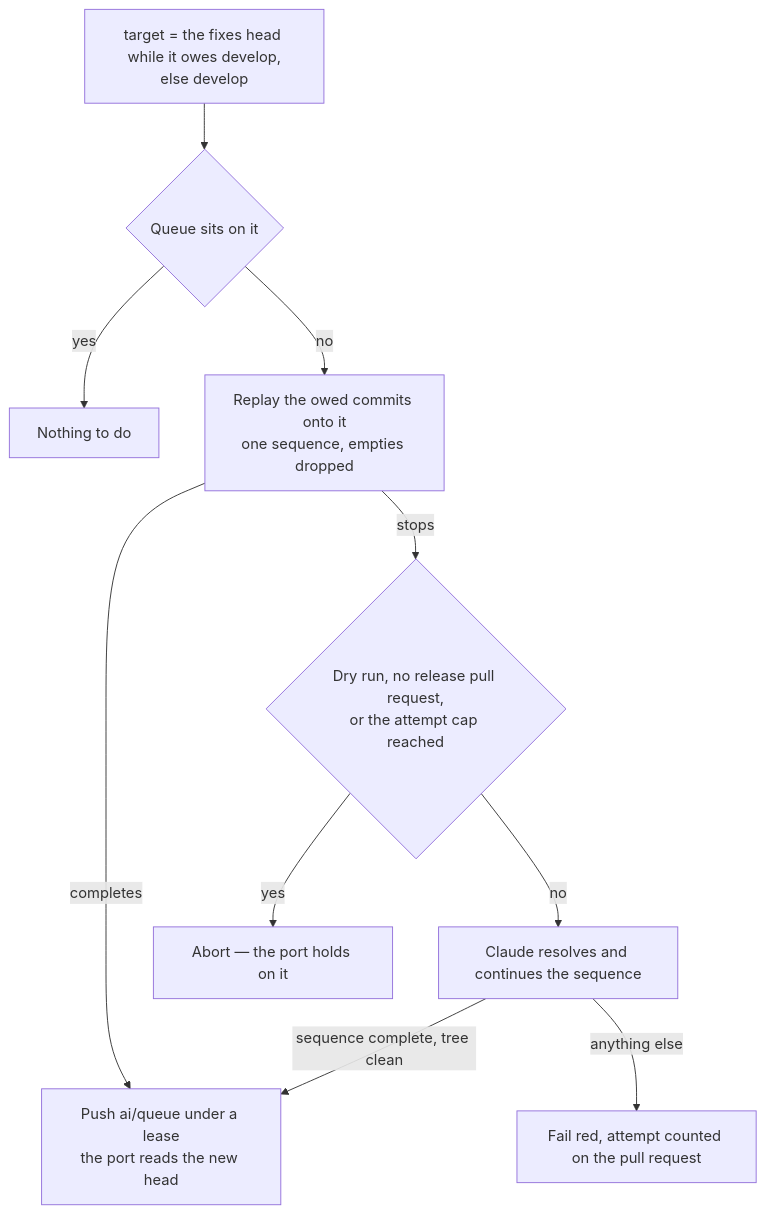
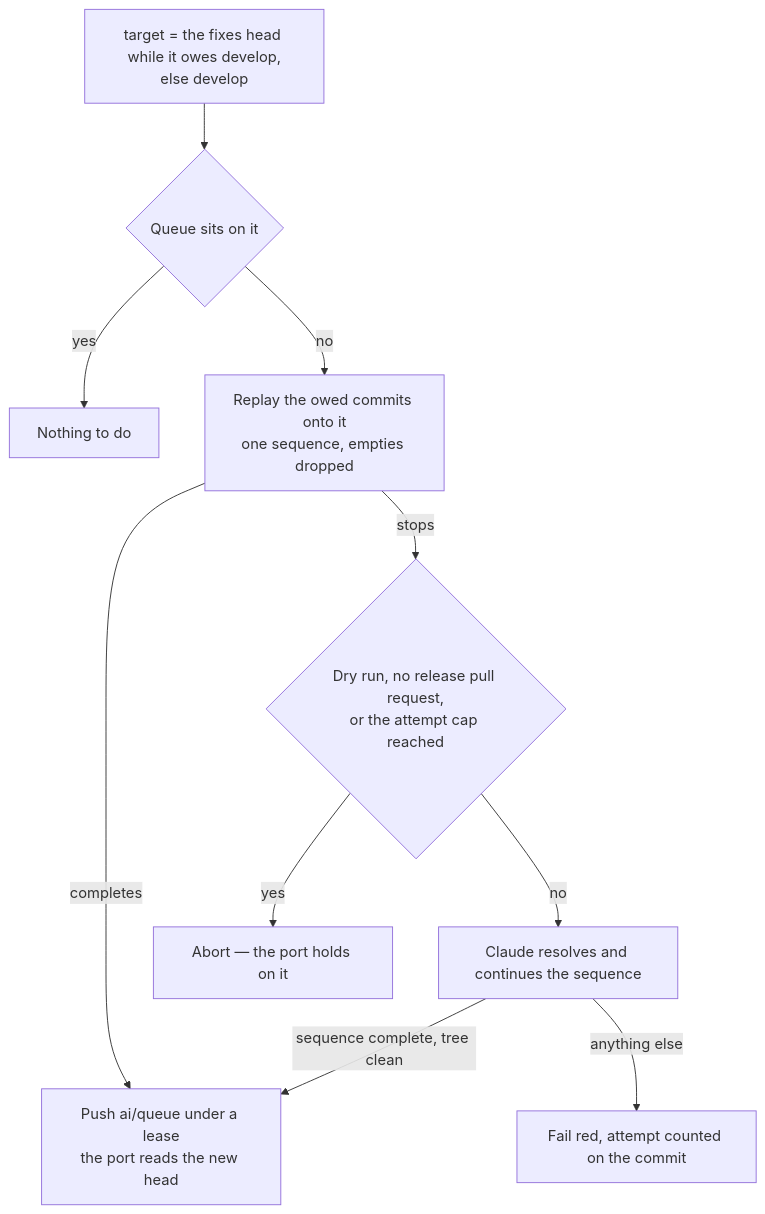
The second of 4 diagrams in apps/web/content/docs/infra/review-collector/collection-cycle.md (Esposter/Esposter), drawn with Mermaid before and after one commit. The commit also changed other lines of this file and 11 other files, not shown here.

First line of the commit message:
fix(coderabbit): the sync's attempt cap is counted on the commit, and the session pulls only over a clean tree

````diff
--- a/apps/web/content/docs/infra/review-collector/collection-cycle.md
+++ b/apps/web/content/docs/infra/review-collector/collection-cycle.md
@@ -68,12 +68,12 @@
 ```mermaid
 flowchart TD
   T[target = the fixes head while it owes develop,<br/>else develop] --> A{Queue sits on it}
   A -->|yes| N[Nothing to do]
   A -->|no| R[Replay the owed commits onto it<br/>one sequence, empties dropped]
   R -->|completes| P[Push ai/queue under a lease<br/>the port reads the new head]
   R -->|stops| C{Dry run, no release pull request,<br/>or the attempt cap reached}
   C -->|yes| AB[Abort — the port holds on it]
   C -->|no| CL[Claude resolves and continues the sequence]
   CL -->|sequence complete, tree clean| P
-  CL -->|anything else| F[Fail red, attempt counted on the pull request]
+  CL -->|anything else| F[Fail red, attempt counted on the commit]
 ```
````
